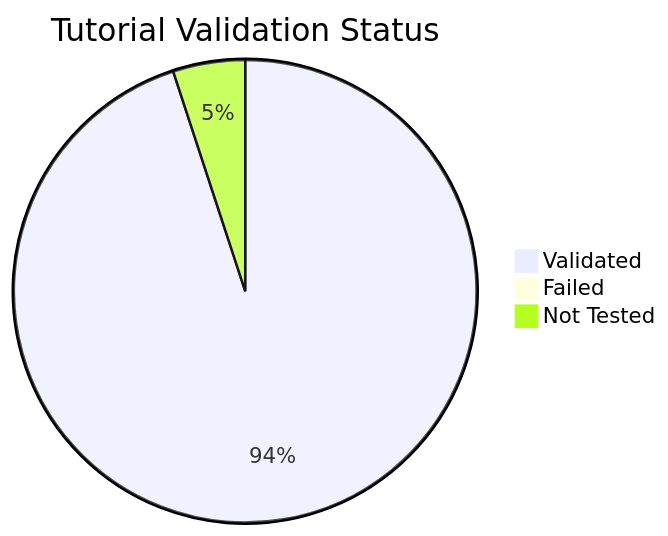
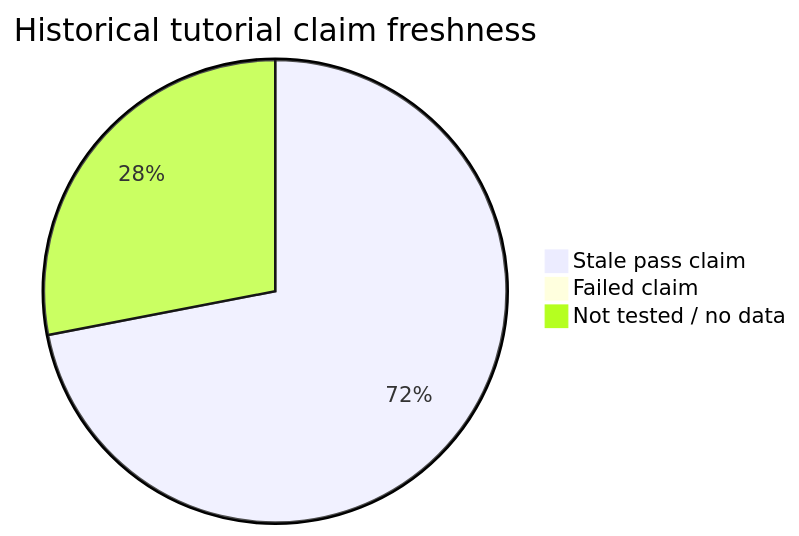
One commit to yeongseon/azure-functions-practical-guide changed the diagram in docs/reference/validation-status.md. Above: the diagram before and after it, drawn with Mermaid. The commit also changed other lines of this file and 8 other files, not shown here.

First line of the commit message:
docs(golden): separate validation claims from retained evidence and freshness (#200)

````diff
--- a/docs/reference/validation-status.md
+++ b/docs/reference/validation-status.md
@@ -40,6 +51,6 @@
 ```mermaid
-pie title Tutorial Validation Status
-    "Validated" : 113
-    "Failed" : 1
-    "Not Tested" : 6
+pie title Historical tutorial claim freshness
+    "Stale pass claim" : 113
+    "Failed claim" : 1
+    "Not tested / no data" : 44
 ```
````
